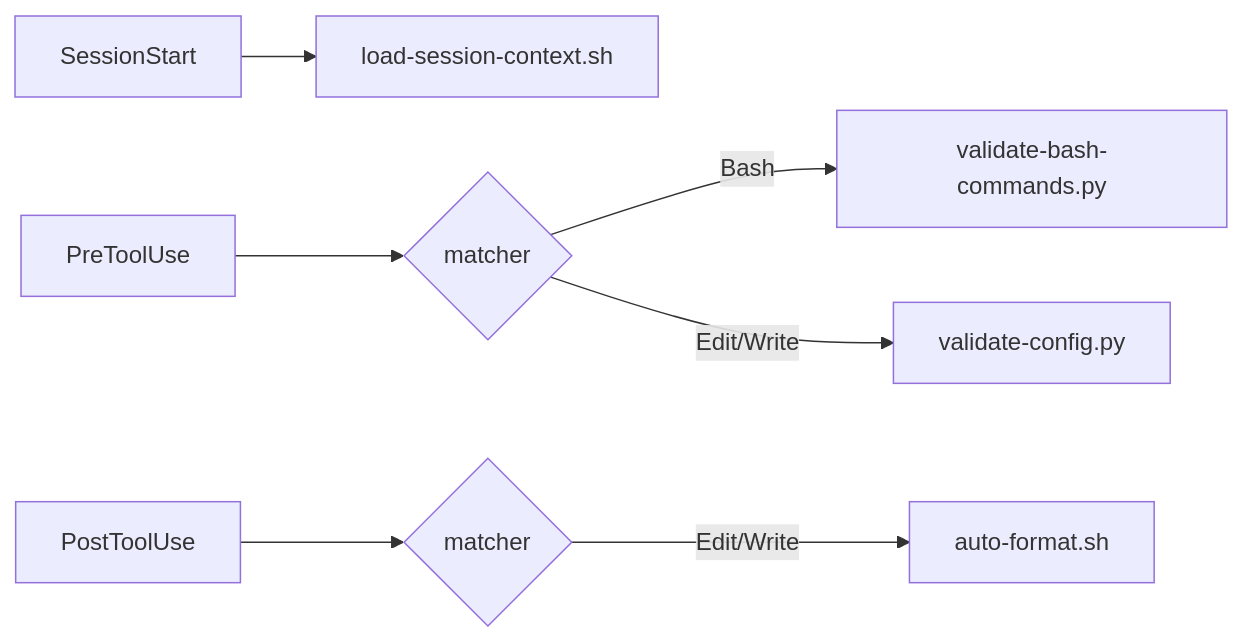
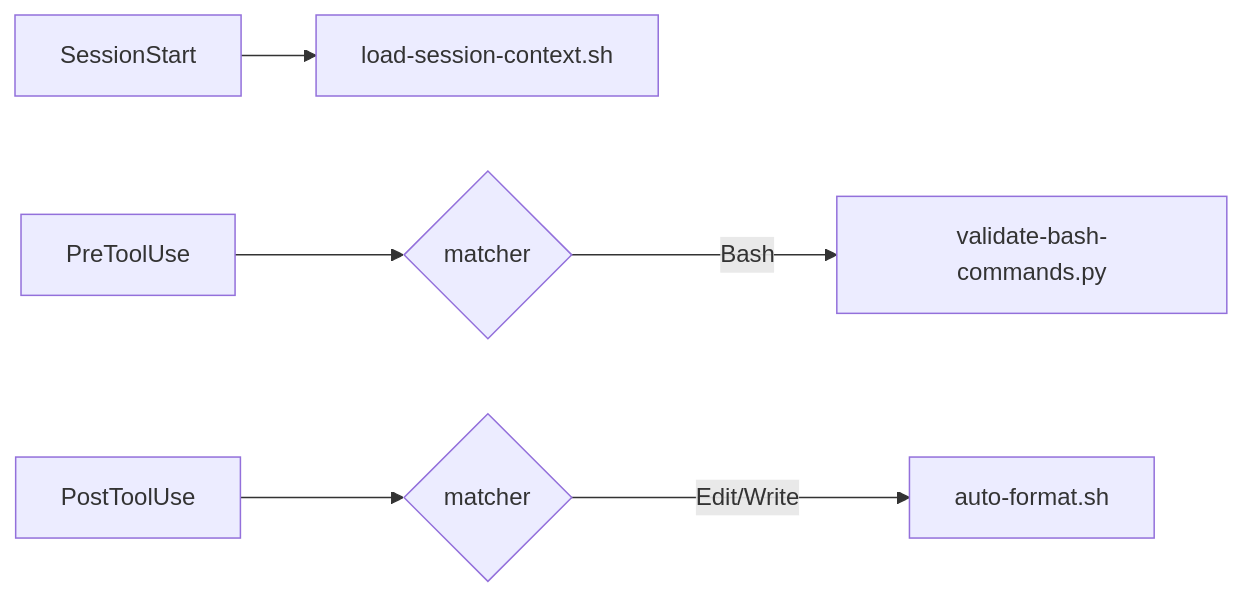
The diagram in README.md (philoserf/claude-code-config), drawn with Mermaid before and after one commit. The commit also changed other lines of this file and 6 other files, not shown here.

First line of the commit message:
chore: remove validate-config.py hook

````diff
--- a/README.md
+++ b/README.md
@@ -234,9 +234,8 @@
 ```mermaid
 flowchart LR
     A[SessionStart] --> B[load-session-context.sh]
     C[PreToolUse] --> D{matcher}
     D -->|Bash| E[validate-bash-commands.py]
-    D -->|Edit/Write| F[validate-config.py]
     G[PostToolUse] --> H{matcher}
     H -->|Edit/Write| I[auto-format.sh]
 ```
````
